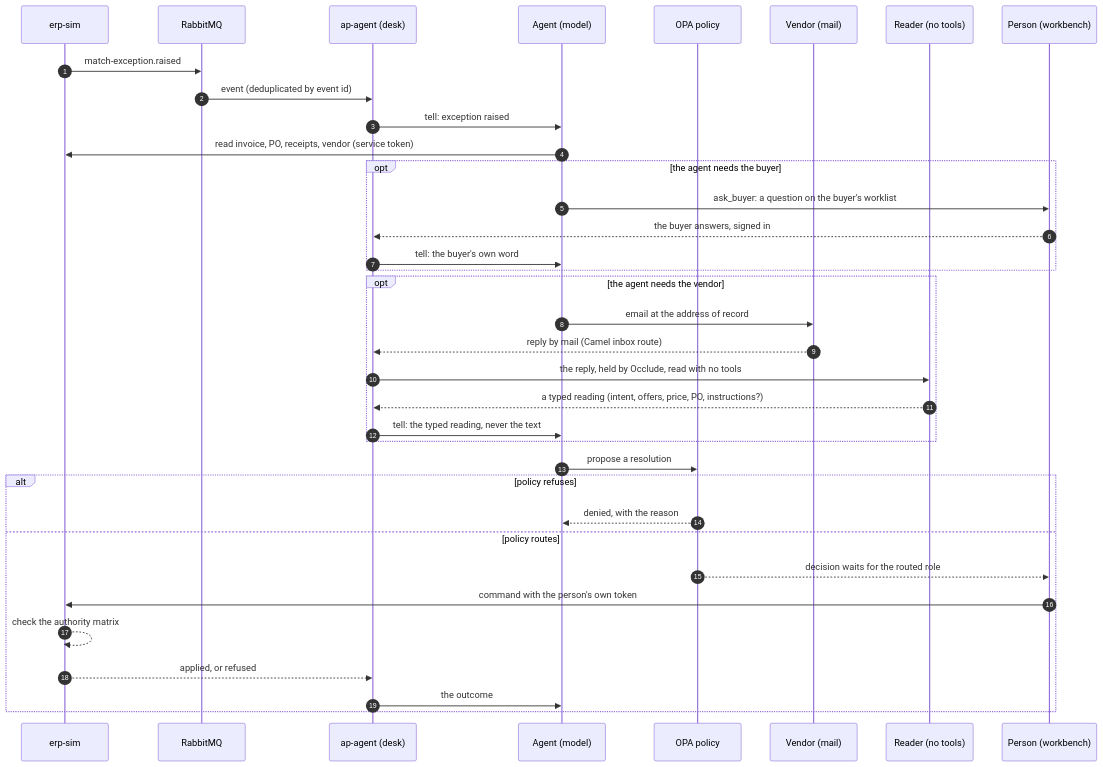
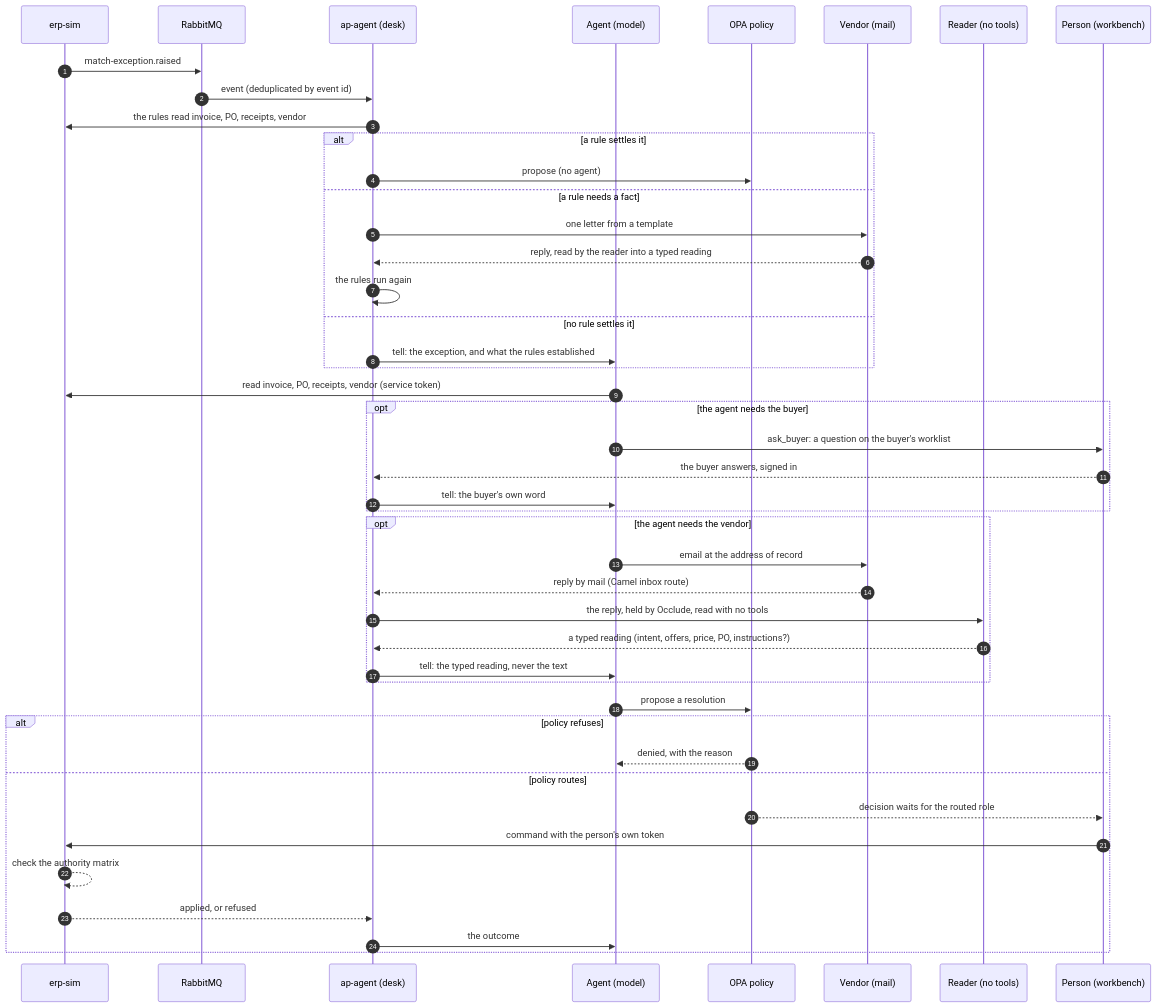
Before and after one commit to jwcarman/nessy-ap: the second of 4 diagrams in docs/system.md, drawn with Mermaid. The commit also changed other lines of this file and 10 other files, not shown here.

````diff
--- a/docs/system.md
+++ b/docs/system.md
@@ -67,39 +69,48 @@
 ```mermaid
 sequenceDiagram
   autonumber
   participant ERP as erp-sim
   participant MQ as RabbitMQ
   participant D as ap-agent (desk)
   participant A as Agent (model)
   participant P as OPA policy
   participant V as Vendor (mail)
   participant R as Reader (no tools)
   participant H as Person (workbench)
 
   ERP->>MQ: match-exception.raised
   MQ->>D: event (deduplicated by event id)
-  D->>A: tell: exception raised
+  D->>ERP: the rules read invoice, PO, receipts, vendor
+  alt a rule settles it
+    D->>P: propose (no agent)
+  else a rule needs a fact
+    D->>V: one letter from a template
+    V-->>D: reply, read by the reader into a typed reading
+    D->>D: the rules run again
+  else no rule settles it
+    D->>A: tell: the exception, and what the rules established
+  end
   A->>ERP: read invoice, PO, receipts, vendor (service token)
   opt the agent needs the buyer
     A->>H: ask_buyer: a question on the buyer's worklist
     H-->>D: the buyer answers, signed in
     D->>A: tell: the buyer's own word
   end
   opt the agent needs the vendor
     A->>V: email at the address of record
     V-->>D: reply by mail (Camel inbox route)
     D->>R: the reply, held by Occlude, read with no tools
     R-->>D: a typed reading (intent, offers, price, PO, instructions?)
     D->>A: tell: the typed reading, never the text
   end
   A->>P: propose a resolution
   alt policy refuses
     P-->>A: denied, with the reason
   else policy routes
     P-->>H: decision waits for the routed role
     H->>ERP: command with the person's own token
     ERP-->>ERP: check the authority matrix
     ERP-->>D: applied, or refused
     D->>A: the outcome
   end
 ```
````
